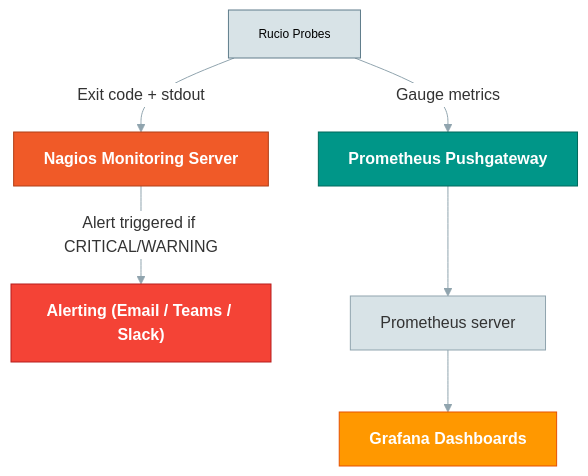
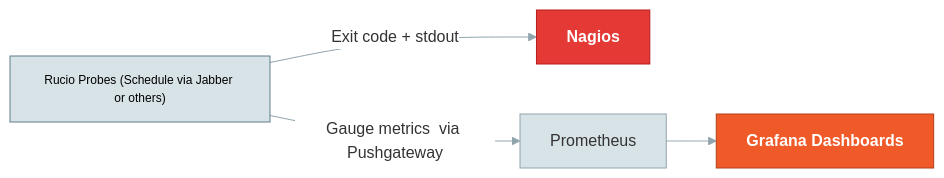
Before and after one commit to rucio/documentation: the fifth of 5 diagrams in docs/operator/monitoring.md, drawn with Mermaid. The commit also changed other lines of this file, not shown here.

Commit message:
minor edits on Probes mermaid #617

````diff
--- a/docs/operator/monitoring.md
+++ b/docs/operator/monitoring.md
@@ -512,35 +480,29 @@
 ```mermaid
 %%{init: {'theme': 'base', 'themeVariables': {
   'primaryColor': '#d8e3e7',
   'edgeLabelBackground': '#ffffff',
   'tertiaryColor': '#cdd5d9',
   'fontFamily': 'monospace',
   'primaryBorderColor': '#90a4ae',
   'lineColor': '#90a4ae'
 }}}%%
-flowchart TB
-  Probe["Rucio Probes"]
-  Nagios["Nagios Monitoring Server"]
-  Alert["Alerting (Email / Teams / Slack)"]
-  PromPush["Prometheus Pushgateway"]
-  Prometheus["Prometheus server"]
+flowchart LR
+  Probe["Rucio Probes (Schedule via Jabber or others)"]
+  Nagios["Nagios"]
+  Prometheus["Prometheus"]
   Grafana["Grafana Dashboards"]
 
   Probe -- Exit code + stdout --> Nagios
-  Nagios -- Alert triggered if CRITICAL/WARNING --> Alert
-  Probe -- Gauge metrics --> PromPush
-  PromPush --> Prometheus
+  Probe -- Gauge metrics  via Pushgateway--> Prometheus
   Prometheus --> Grafana
 
   classDef probe fill:#d8e3e7,stroke:#607d8b,color:#000,font-size:12px;
-  classDef nagios fill:#F05A28,stroke:#b03e16,color:#fff,font-weight:bold;
-  classDef alert fill:#f44336,stroke:#b71c1c,color:#fff,font-weight:bold;
-  classDef prom fill:#009688,stroke:#00695C,color:#fff,font-weight:bold;
-  classDef graf fill:#FF9800,stroke:#E65100,color:#fff,font-weight:bold;
+  classDef nagios fill:#E53935,stroke:#B71C1C,color:#fff,font-weight:bold;
+  classDef prom fill:#00868,stroke:#00695C,color:#fff,font-weight:bold;
+  classDef graf fill:#F05A28,stroke:#b03e16,color:#fff,font-weight:bold;
 
   class Probe probe;
   class Nagios nagios;
-  class Alert alert;
-  class PromPush,prometheus prom;
+  class prometheus prom;
   class Grafana graf;
 ```
````
